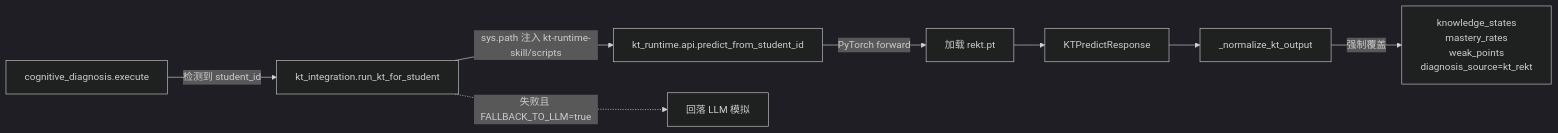
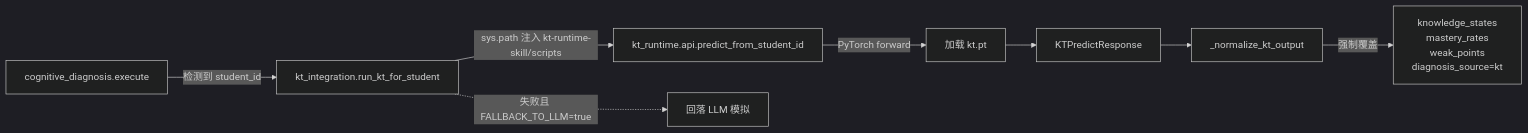
Before and after one commit to YXYH-shu/SmartTutor: the seventh of 11 diagrams in 文档/架构总结.md, drawn with Mermaid (dark theme). The commit also changed other lines of this file and 79 other files, not shown here.

````diff
--- a/文档/架构总结.md
+++ b/文档/架构总结.md
@@ -245,10 +245,10 @@
 ```mermaid
 flowchart LR
     CD[cognitive_diagnosis.execute] -- 检测到 student_id --> KTI[kt_integration.run_kt_for_student]
     KTI -- sys.path 注入 kt-runtime-skill/scripts --> API[kt_runtime.api.predict_from_student_id]
-    API -- PyTorch forward --> REKT[加载 rekt.pt]
-    REKT --> RESP[KTPredictResponse]
+    API -- PyTorch forward --> KT[加载 kt.pt]
+    KT --> RESP[KTPredictResponse]
     RESP --> NORM[_normalize_kt_output]
-    NORM -- 强制覆盖 --> CDOUT["knowledge_states<br/>mastery_rates<br/>weak_points<br/>diagnosis_source=kt_rekt"]
+    NORM -- 强制覆盖 --> CDOUT["knowledge_states<br/>mastery_rates<br/>weak_points<br/>diagnosis_source=kt"]
     KTI -. 失败且 FALLBACK_TO_LLM=true .-> LLM[回落 LLM 模拟]
 ```
````
